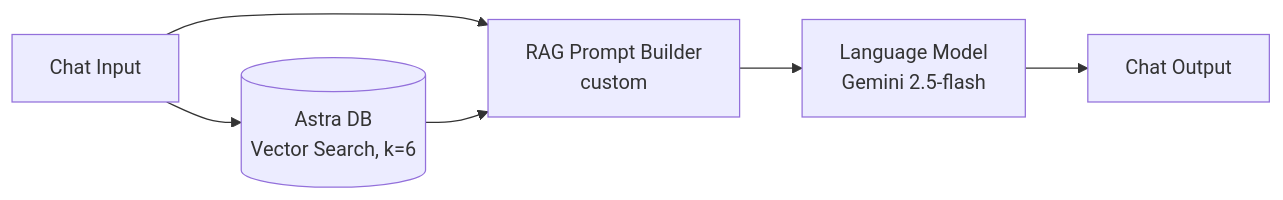
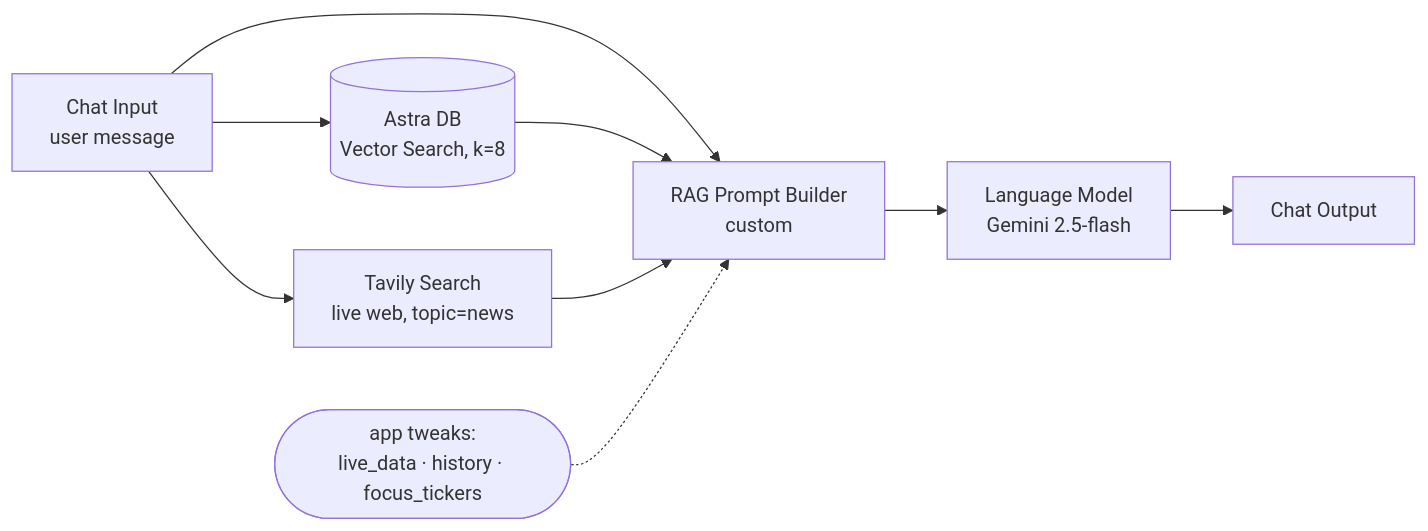
Before and after one commit to HarshitBadam/trade-intel: the second of 2 diagrams in langflow/README.md, drawn with Mermaid. The commit also changed other lines of this file and 9 other files, not shown here.

Commit message:
feat(stocksage): add live web search to chat flow + consistent, up-to-date analyst grounding

````diff
--- a/langflow/README.md
+++ b/langflow/README.md
@@ -62,8 +62,11 @@
 ```mermaid
 flowchart LR
-    A[Chat Input] --> B[(Astra DB<br/>Vector Search, k=6)]
+    A[Chat Input<br/>user message] --> B[(Astra DB<br/>Vector Search, k=8)]
+    A --> W[Tavily Search<br/>live web, topic=news]
     A --> C[RAG Prompt Builder<br/>custom]
     B --> C
+    W --> C
     C --> D[Language Model<br/>Gemini 2.5-flash]
     D --> E[Chat Output]
+    F([app tweaks:<br/>live_data · history · focus_tickers]) -.-> C
 ```
````
